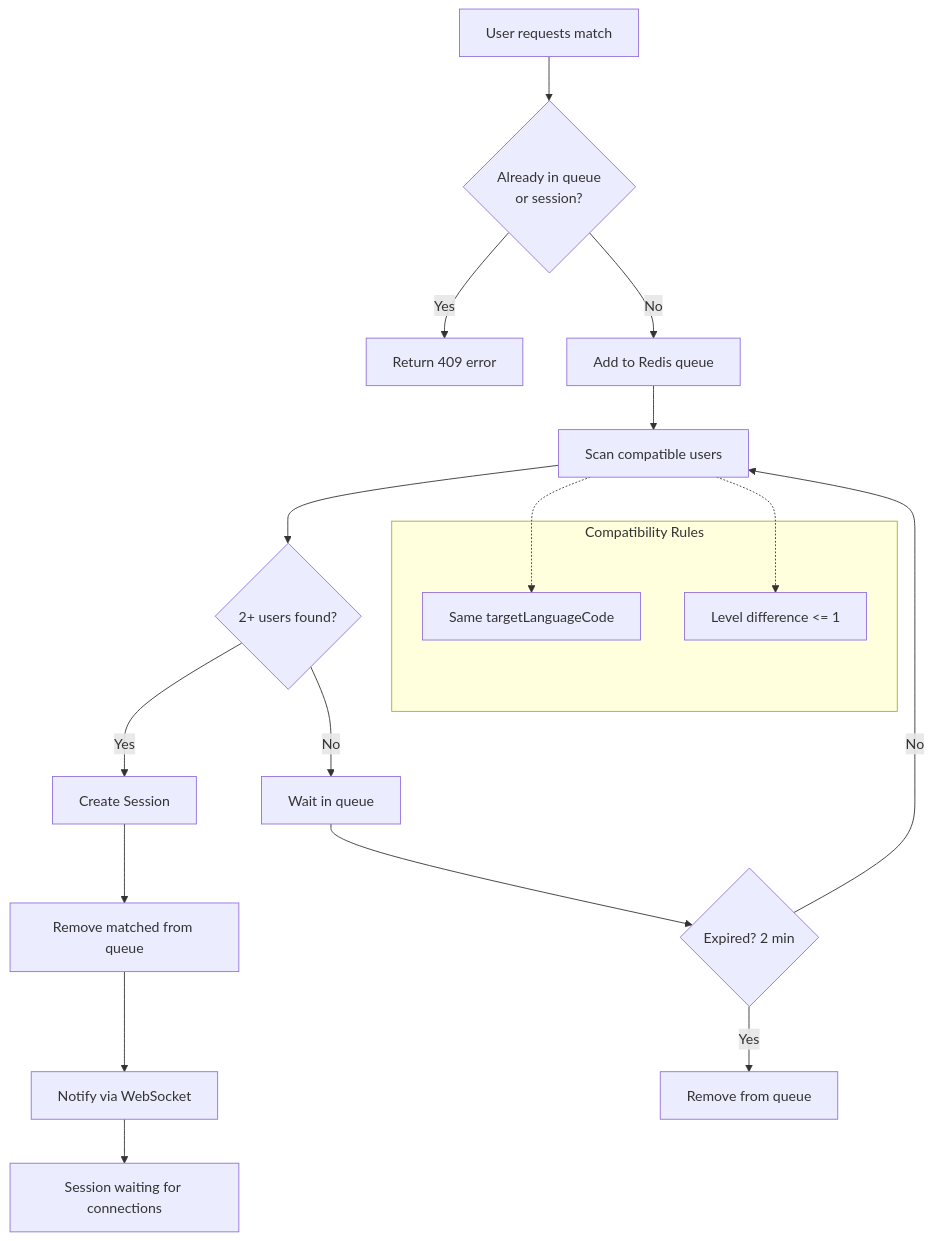
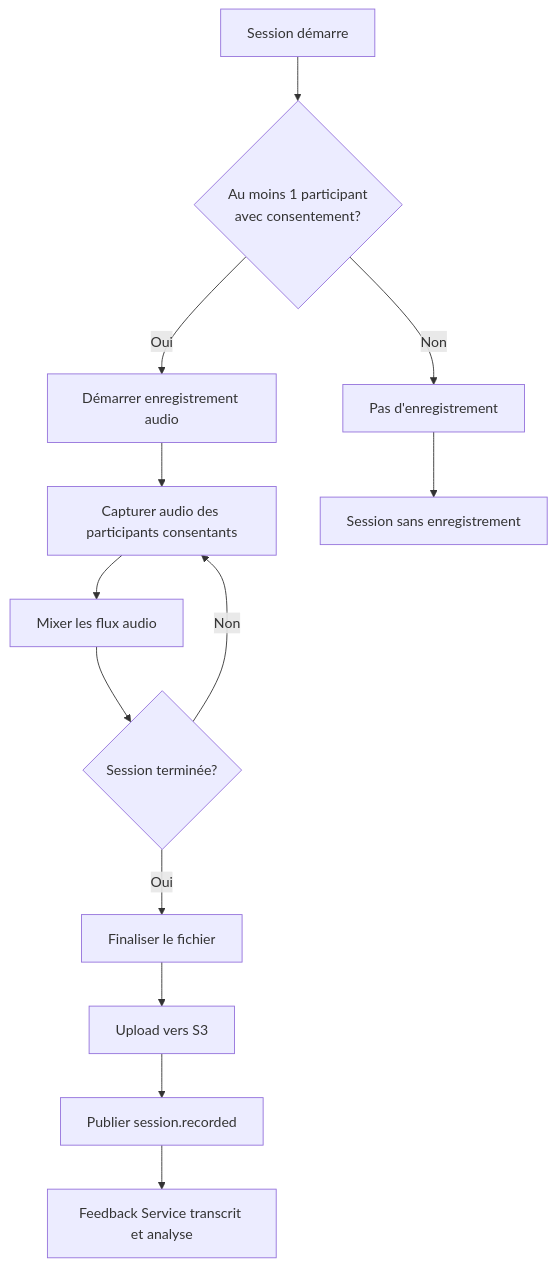
Before and after one commit to we-speak-org/wespeak-specifications: the sixth of 6 diagrams in 03-conversation-service/DIAGRAMS.md, drawn with Mermaid. The commit also changed other lines of this file and 15 other files, not shown here.

````diff
--- a/03-conversation-service/DIAGRAMS.md
+++ b/03-conversation-service/DIAGRAMS.md
@@ -267,28 +243,19 @@
 ```mermaid
 flowchart TD
-    START[User requests match] --> CHECK{Already in queue<br/>or session?}
-    CHECK -->|Yes| ERROR[Return 409 error]
-    CHECK -->|No| ADD[Add to Redis queue]
+    START[Session démarre] --> CHECK{Au moins 1 participant<br/>avec consentement?}
+    CHECK -->|Non| NOREC[Pas d'enregistrement]
+    CHECK -->|Oui| REC[Démarrer enregistrement audio]
     
-    ADD --> SCAN[Scan compatible users]
-    SCAN --> FOUND{2+ users found?}
+    REC --> CAPTURE[Capturer audio des participants consentants]
+    CAPTURE --> MIX[Mixer les flux audio]
     
-    FOUND -->|Yes| CREATE[Create Session]
-    FOUND -->|No| WAIT[Wait in queue]
+    MIX --> END{Session terminée?}
+    END -->|Non| CAPTURE
+    END -->|Oui| FINALIZE[Finaliser le fichier]
     
-    WAIT --> TIMEOUT{Expired? 2 min}
-    TIMEOUT -->|Yes| EXPIRE[Remove from queue]
-    TIMEOUT -->|No| SCAN
+    FINALIZE --> UPLOAD[Upload vers S3]
+    UPLOAD --> EVENT[Publier session.recorded]
+    EVENT --> FEEDBACK[Feedback Service transcrit et analyse]
     
-    CREATE --> REMOVE[Remove matched from queue]
-    REMOVE --> NOTIFY[Notify via WebSocket]
-    NOTIFY --> DONE[Session waiting for connections]
-
-    subgraph Compatibility Rules
-        R1[Same targetLanguageCode]
-        R2[Level difference <= 1]
-    end
-    
-    SCAN -.-> R1
-    SCAN -.-> R2
+    NOREC --> DONE[Session sans enregistrement]
 ```
````
